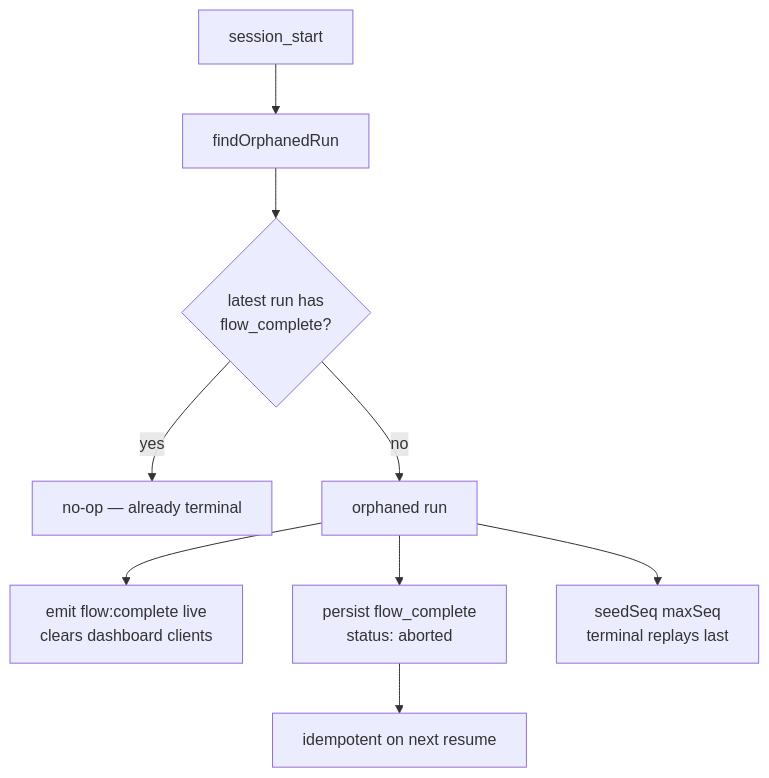
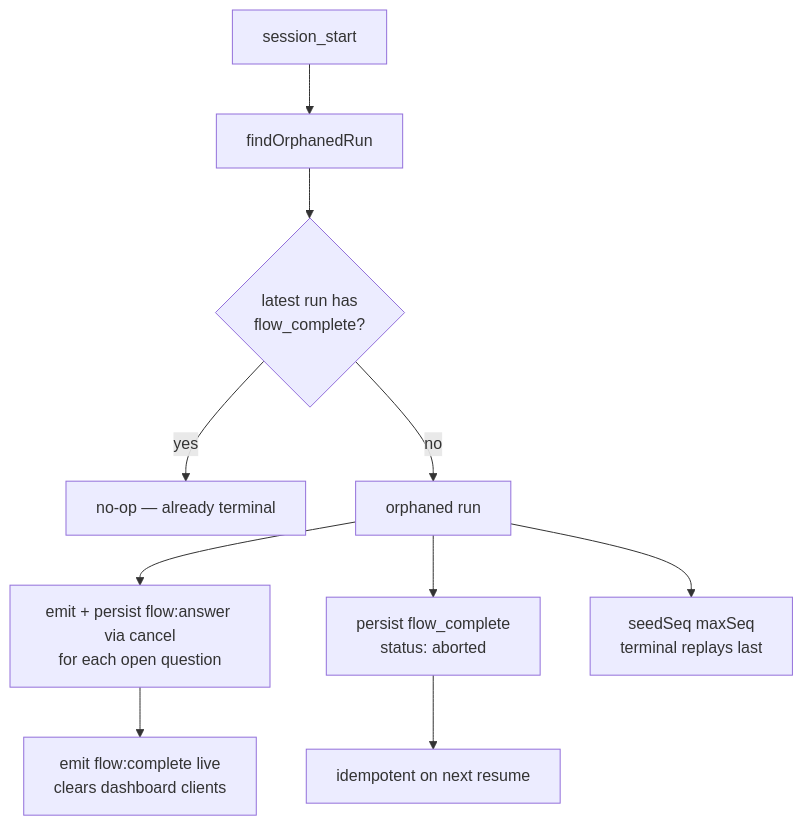
The third of 5 diagrams in docs/architecture.md (BlackBeltTechnology/pi-flows), drawn with Mermaid before and after one commit. The commit also changed other lines of this file and 37 other files, not shown here.

First line of the commit message:
feat(flows): parent mailbox — flows ask the main session (#18)

````diff
--- a/docs/architecture.md
+++ b/docs/architecture.md
@@ -284,11 +284,12 @@
 ```mermaid
 flowchart TD
     A[session_start] --> B[findOrphanedRun]
     B --> C{latest run has<br/>flow_complete?}
     C -->|yes| D[no-op — already terminal]
     C -->|no| E[orphaned run]
-    E --> F[emit flow:complete live<br/>clears dashboard clients]
+    E --> Q["emit + persist flow:answer via cancel<br/>for each open question"]
+    Q --> F[emit flow:complete live<br/>clears dashboard clients]
     E --> G["persist flow_complete<br/>status: aborted"]
     E --> H["seedSeq maxSeq<br/>terminal replays last"]
     G --> I[idempotent on next resume]
 ```
````
